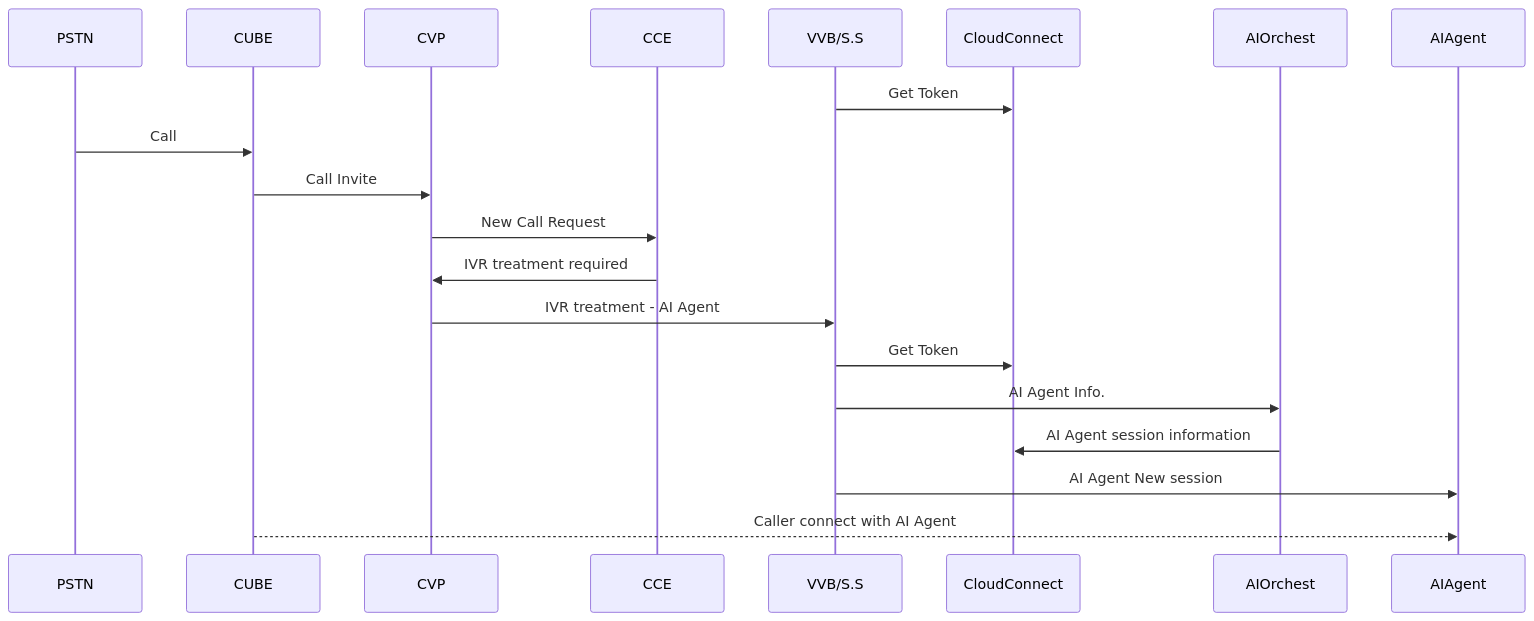
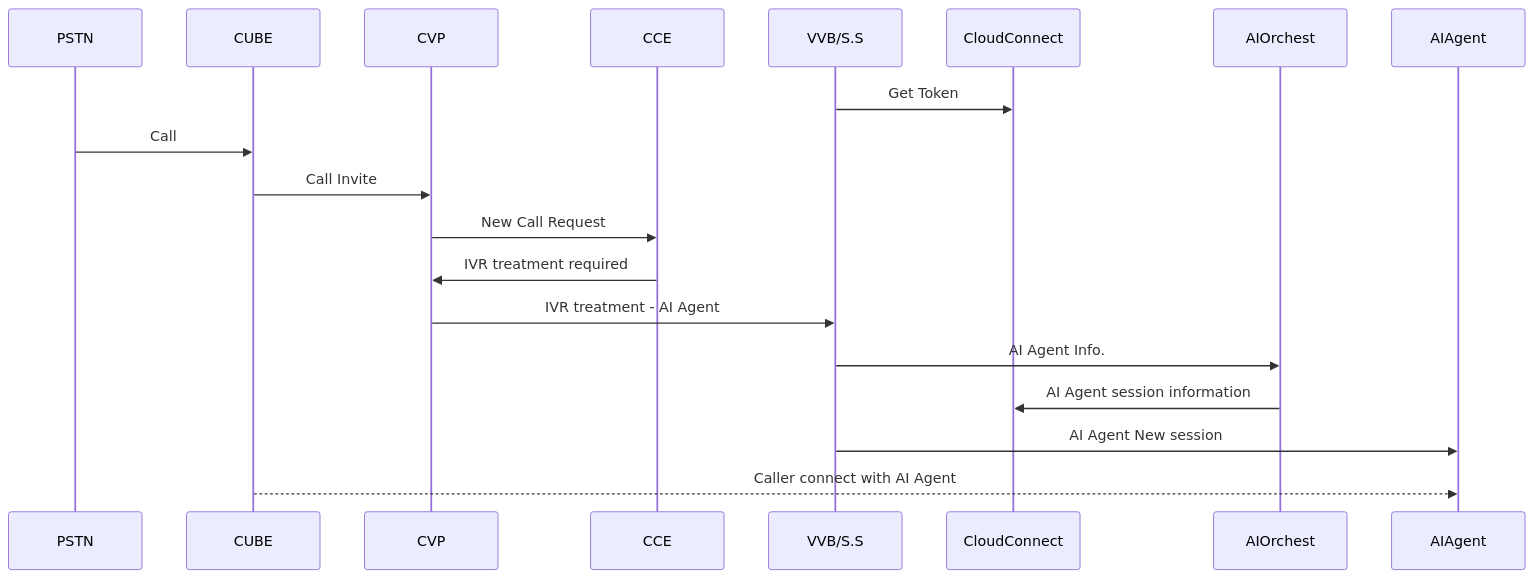
One commit to WebexCC-SA/LAB-21051 changed the diagram in docs/Getting_Started.md. Above: the diagram before and after it, drawn with Mermaid. The commit also changed 1 other file, not shown here.

Commit message:
minor spelling fixes

````diff
--- a/docs/Getting_Started.md
+++ b/docs/Getting_Started.md
@@ -77,23 +77,22 @@
 ```mermaid
 sequenceDiagram
     participant PSTN
     participant CUBE
     participant CVP
     participant CCE
     participant VVB/S.S
     participant CloudConnect
     participant AIOrchest
     participant AIAgent
 
     VVB/S.S->>CloudConnect: Get Token
     PSTN->>CUBE: Call
     CUBE->>CVP: Call Invite
     CVP->>CCE: New Call Request
     CCE->>CVP: IVR treatment required
     CVP->>VVB/S.S: IVR treatment - AI Agent
-    VVB/S.S->>CloudConnect: Get Token
     VVB/S.S->>AIOrchest: AI Agent Info.
     AIOrchest->>CloudConnect: AI Agent session information
     VVB/S.S->>AIAgent: AI Agent New session
     CUBE-->>AIAgent: Caller connect with AI Agent
 ```
````
